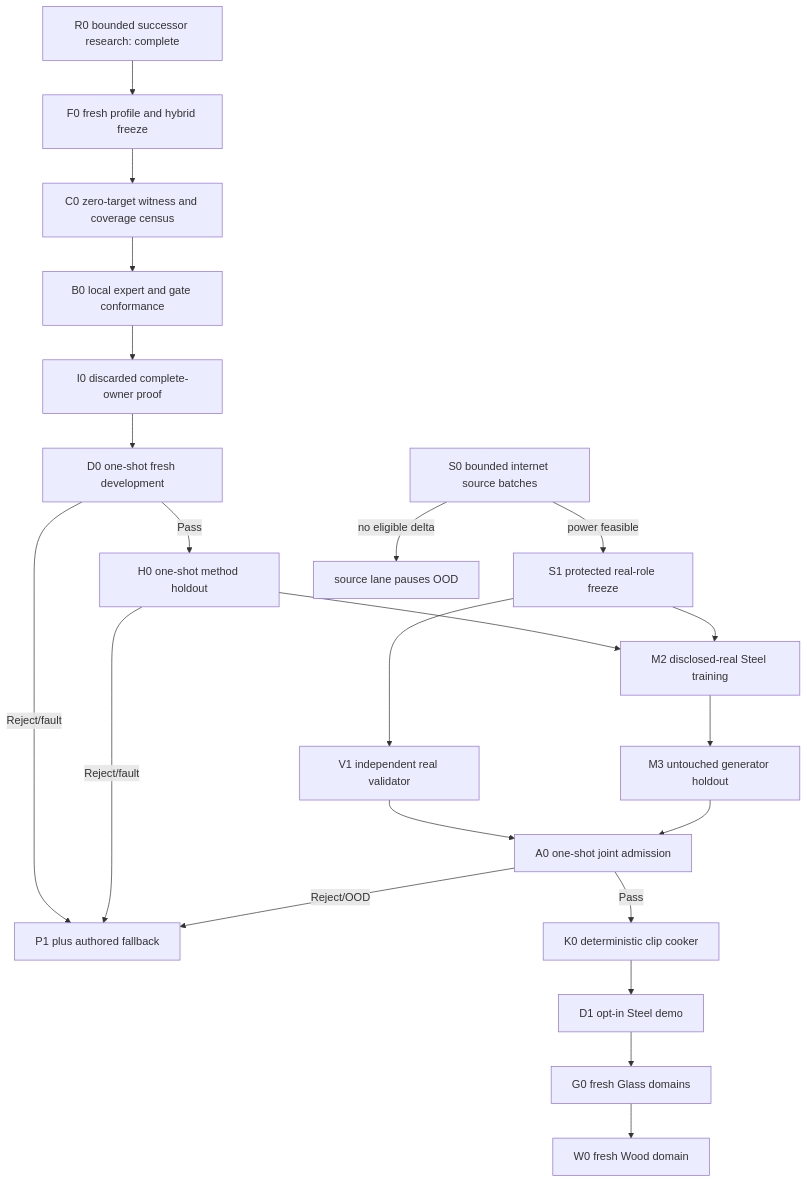
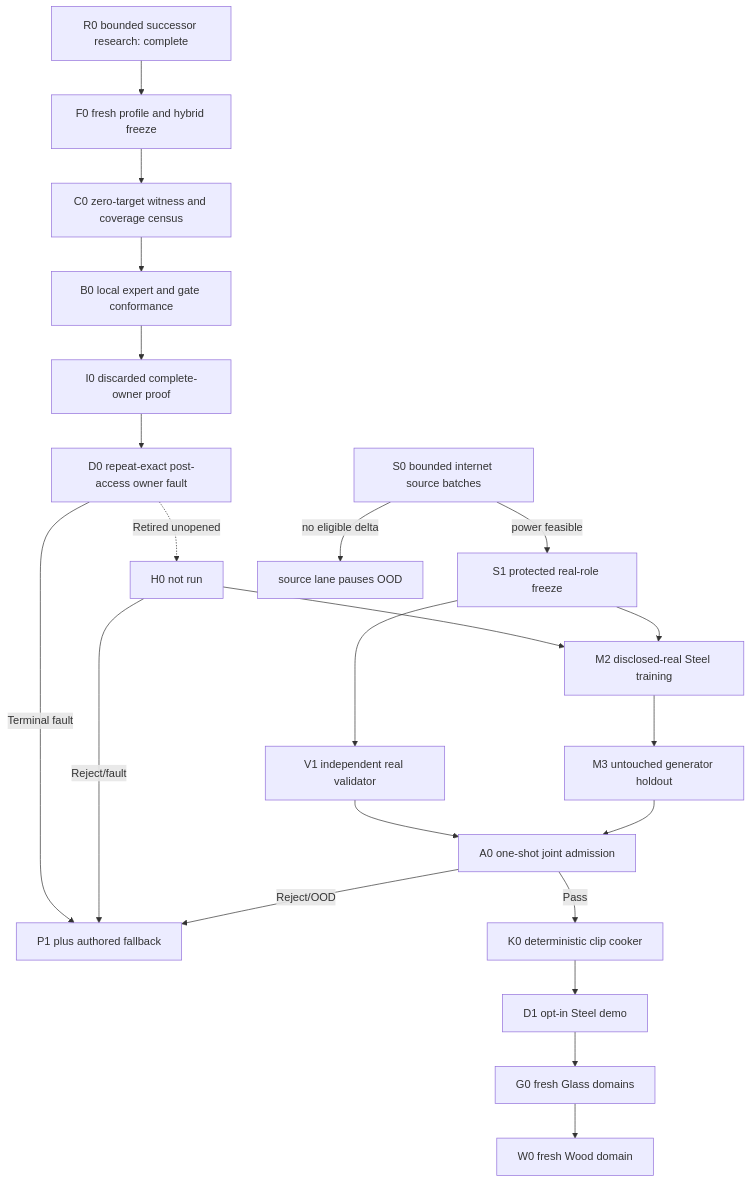
The diagram in docs/plans/physical-sound-synthesis-roadmap-v35.md (kaifaty/NextEngine), drawn with Mermaid before and after one commit. The commit also changed other lines of this file and 5 other files, not shown here.

Commit message:
docs(sound): rebaseline sealed V36 roadmap

````diff
--- a/docs/plans/physical-sound-synthesis-roadmap-v35.md
+++ b/docs/plans/physical-sound-synthesis-roadmap-v35.md
@@ -90,26 +99,26 @@
 ```mermaid
 flowchart TD
     R0["R0 bounded successor research: complete"] --> F0["F0 fresh profile and hybrid freeze"]
     F0 --> C0["C0 zero-target witness and coverage census"]
     C0 --> B0["B0 local expert and gate conformance"]
     B0 --> I0["I0 discarded complete-owner proof"]
-    I0 --> D0["D0 one-shot fresh development"]
-    D0 -->|"Pass"| H0["H0 one-shot method holdout"]
-    D0 -->|"Reject/fault"| GF["P1 plus authored fallback"]
+    I0 --> D0["D0 repeat-exact post-access owner fault"]
+    D0 -->|"Terminal fault"| GF["P1 plus authored fallback"]
+    D0 -.->|"Retired unopened"| H0["H0 not run"]
     H0 -->|"Reject/fault"| GF
 
     S0["S0 bounded internet source batches"] -->|"power feasible"| S1["S1 protected real-role freeze"]
     S0 -->|"no eligible delta"| SOOD["source lane pauses OOD"]
 
     H0 --> M2["M2 disclosed-real Steel training"]
     S1 --> V1["V1 independent real validator"]
     S1 --> M2
     M2 --> M3["M3 untouched generator holdout"]
     V1 --> A0["A0 one-shot joint admission"]
     M3 --> A0
     A0 -->|"Pass"| K0["K0 deterministic clip cooker"]
     A0 -->|"Reject/OOD"| GF
     K0 --> D1["D1 opt-in Steel demo"]
     D1 --> G0["G0 fresh Glass domains"]
     G0 --> W0["W0 fresh Wood domain"]
 ```
````
